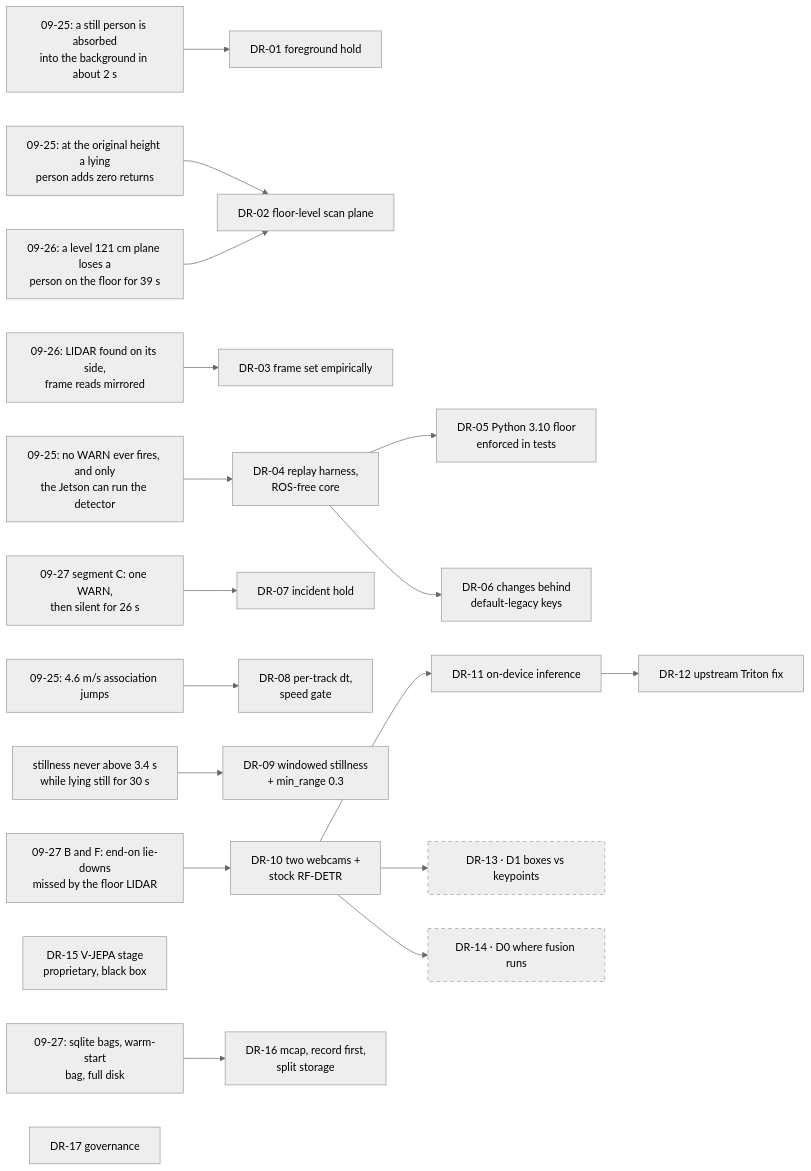
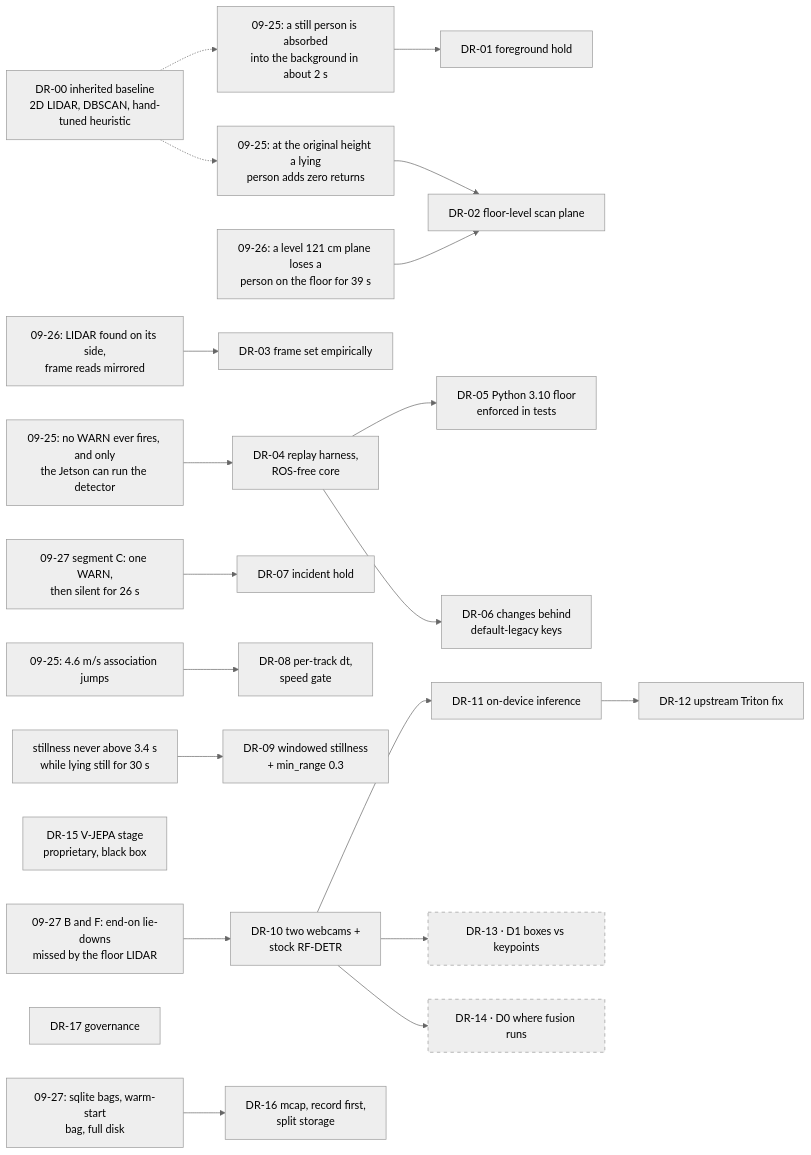
Before and after one commit to JeremyGracey-AI/prevera-guardian-lidar: the diagram in docs/DECISIONS.md, drawn with Mermaid (neutral theme). The commit also changed other lines of this file and 1 other file, not shown here.

````diff
--- a/docs/DECISIONS.md
+++ b/docs/DECISIONS.md
@@ -15,23 +17,25 @@
 ```mermaid
 flowchart LR
   f1["09-25: a still person is absorbed<br/>into the background in about 2 s"] --> dr01["DR-01 foreground hold"]
   f2["09-25: at the original height a lying<br/>person adds zero returns"] --> dr02["DR-02 floor-level scan plane"]
   f3["09-26: a level 121 cm plane loses a<br/>person on the floor for 39 s"] --> dr02
   f4["09-26: LIDAR found on its side,<br/>frame reads mirrored"] --> dr03["DR-03 frame set empirically"]
   f5["09-25: no WARN ever fires, and only<br/>the Jetson can run the detector"] --> dr04["DR-04 replay harness,<br/>ROS-free core"]
   dr04 --> dr05["DR-05 Python 3.10 floor<br/>enforced in tests"]
   dr04 --> dr06["DR-06 changes behind<br/>default-legacy keys"]
   f6["09-27 segment C: one WARN,<br/>then silent for 26 s"] --> dr07["DR-07 incident hold"]
   f7["09-25: 4.6 m/s association jumps"] --> dr08["DR-08 per-track dt,<br/>speed gate"]
   f8["stillness never above 3.4 s<br/>while lying still for 30 s"] --> dr09["DR-09 windowed stillness<br/>+ min_range 0.3"]
   f9["09-27 B and F: end-on lie-downs<br/>missed by the floor LIDAR"] --> dr10["DR-10 two webcams +<br/>stock RF-DETR"]
   dr10 --> dr11["DR-11 on-device inference"]
   dr11 --> dr12["DR-12 upstream Triton fix"]
   dr10 --> dr13["DR-13 · D1 boxes vs keypoints"]
   dr10 --> dr14["DR-14 · D0 where fusion runs"]
   dr15["DR-15 V-JEPA stage<br/>proprietary, black box"]
   f10["09-27: sqlite bags, warm-start<br/>bag, full disk"] --> dr16["DR-16 mcap, record first,<br/>split storage"]
   dr17["DR-17 governance"]
+  dr00["DR-00 inherited baseline<br/>2D LIDAR, DBSCAN, hand-tuned heuristic"] -.-> f1
+  dr00 -.-> f2
   classDef open stroke-dasharray: 5 5
   class dr13,dr14 open
 ```
````
